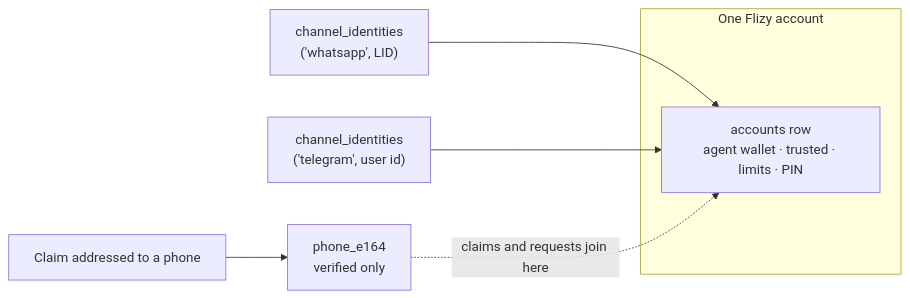
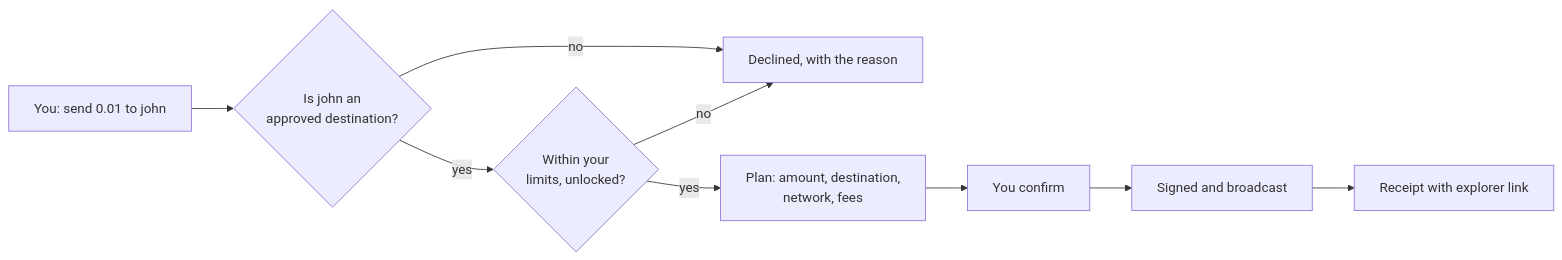
Before and after one commit to rudazy/flizy: the second of 3 diagrams in README.md, drawn with Mermaid. The commit also changed other lines of this file and 6 other files, not shown here.

````diff
--- a/README.md
+++ b/README.md
@@ -186,12 +170,11 @@
 ```mermaid
 flowchart LR
-  subgraph ACC["One Flizy account"]
-    A["accounts row<br/>agent wallet · trusted · limits · PIN"]
-  end
-
-  WA["channel_identities<br/>('whatsapp', LID)"] --> A
-  TG["channel_identities<br/>('telegram', user id)"] --> A
-  PH["phone_e164<br/>verified only"] -.->|claims and requests join here| A
-
-  CL["Claim addressed to a phone"] --> PH
+  A["You: send 0.01 to john"] --> B{"Is john an<br/>approved destination?"}
+  B -->|no| C["Declined, with the reason"]
+  B -->|yes| D{"Within your<br/>limits, unlocked?"}
+  D -->|no| C
+  D -->|yes| E["Plan: amount, destination,<br/>network, fees"]
+  E --> F["You confirm"]
+  F --> G["Signed and broadcast"]
+  G --> H["Receipt with explorer link"]
 ```
````
